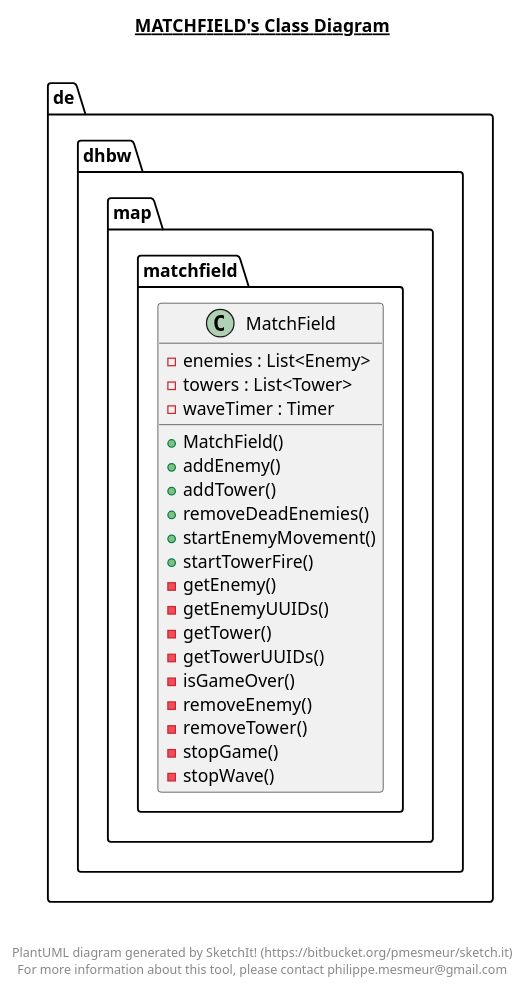
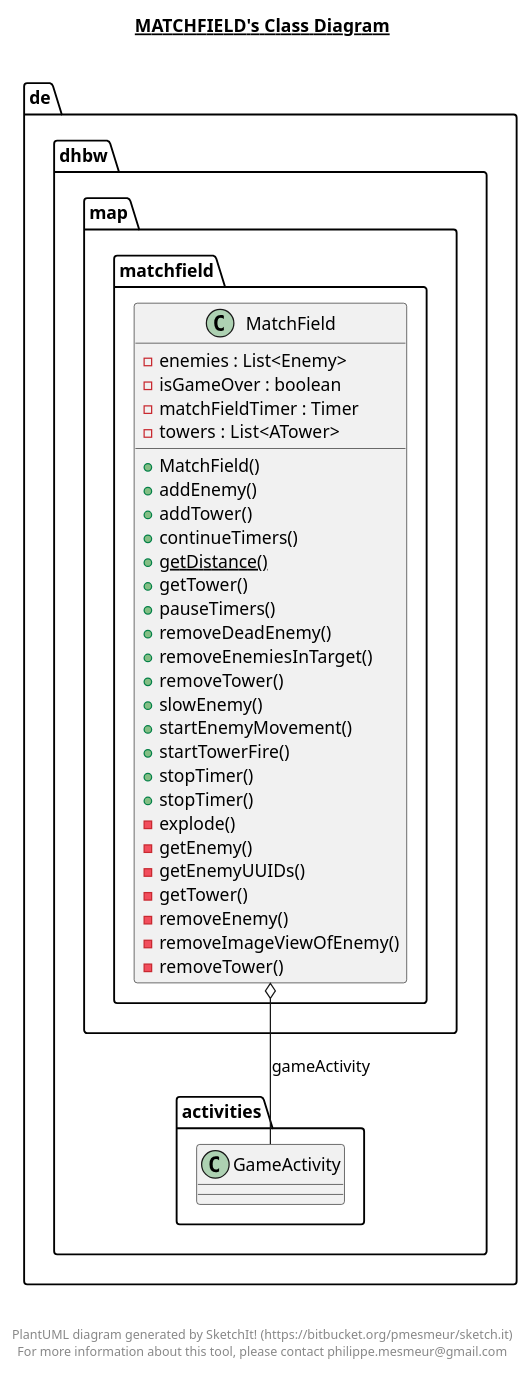
One commit to niwa99/Tower-Defense changed the diagram in app/src/main/java/de/dhbw/map/matchfield/matchfield.plantuml. Above: the diagram before and after it, drawn with PlantUML. The commit also changed 14 other files, not shown here.

Commit message:
[DHTD-105] update of class diagram files

```diff
--- a/app/src/main/java/de/dhbw/map/matchfield/matchfield.plantuml
+++ b/app/src/main/java/de/dhbw/map/matchfield/matchfield.plantuml
@@ -1,40 +1,49 @@
 @startuml
 
 title __MATCHFIELD's Class Diagram__\n
 
   namespace de.dhbw {
     namespace map.matchfield {
       class de.dhbw.map.matchfield.MatchField {
           - enemies : List<Enemy>
-          - towers : List<Tower>
-          - waveTimer : Timer
+          - isGameOver : boolean
+          - matchFieldTimer : Timer
+          - towers : List<ATower>
           + MatchField()
           + addEnemy()
           + addTower()
-          + removeDeadEnemies()
+          + continueTimers()
+          {static} + getDistance()
+          + getTower()
+          + pauseTimers()
+          + removeDeadEnemy()
+          + removeEnemiesInTarget()
+          + removeTower()
+          + slowEnemy()
           + startEnemyMovement()
           + startTowerFire()
+          + stopTimer()
+          + stopTimer()
+          - explode()
           - getEnemy()
           - getEnemyUUIDs()
           - getTower()
-          - getTowerUUIDs()
-          - isGameOver()
           - removeEnemy()
+          - removeImageViewOfEnemy()
           - removeTower()
-          - stopGame()
-          - stopWave()
       }
     }
   }
   
 
+  de.dhbw.map.matchfield.MatchField o-- de.dhbw.activities.GameActivity : gameActivity
 
 
 right footer
 
 
 PlantUML diagram generated by SketchIt! (https://bitbucket.org/pmesmeur/sketch.it)
 For more information about this tool, please contact philippe.mesmeur@gmail.com
 endfooter
 
 @enduml
```
